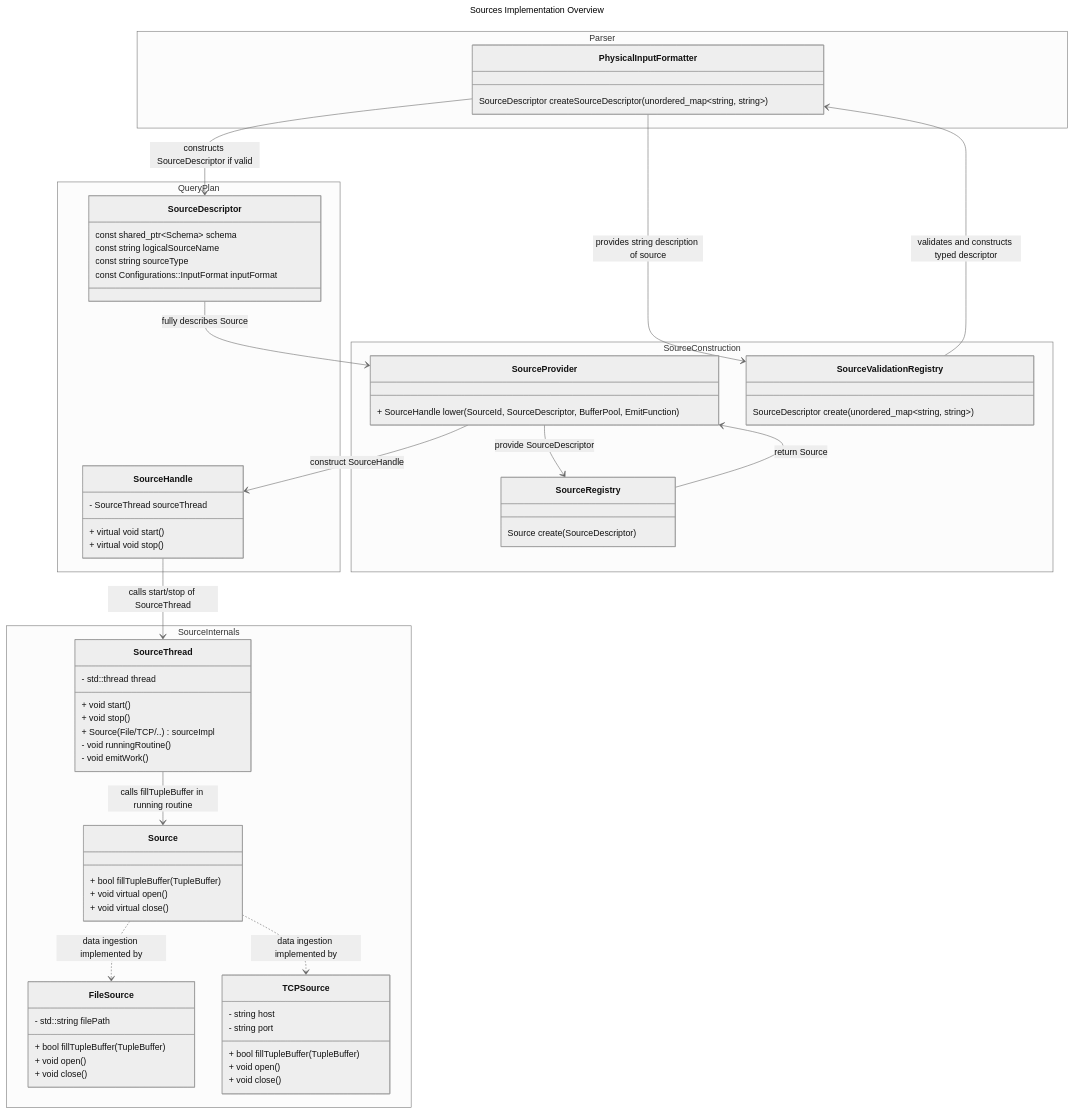
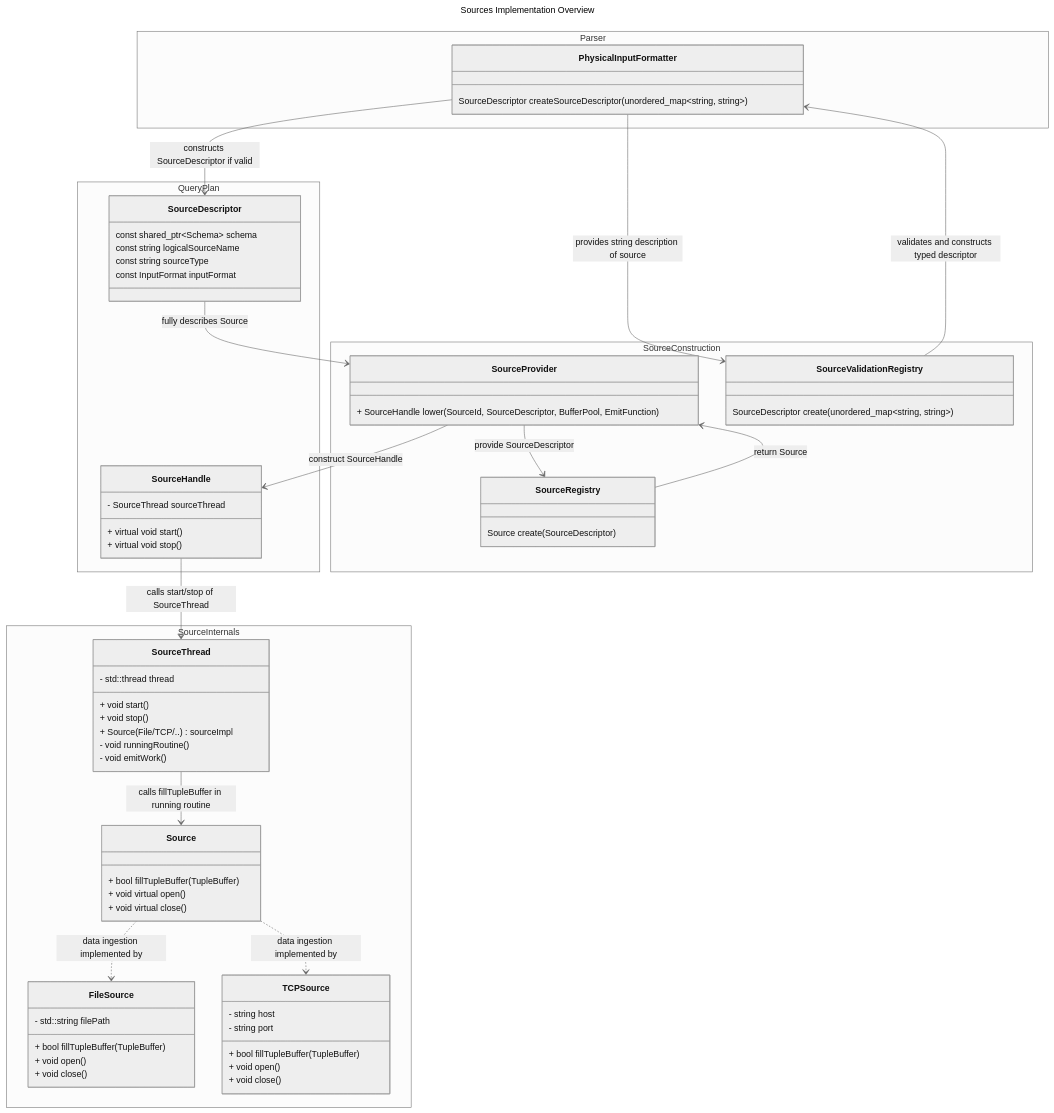
Before and after one commit to nebulastream/nebulastream: the diagram in nes-sources/src/ClassHierarchy.md, drawn with Mermaid (neutral theme). The commit also changed 117 other files, not shown here.

````diff
--- a/nes-sources/src/ClassHierarchy.md
+++ b/nes-sources/src/ClassHierarchy.md
@@ -12,81 +12,81 @@
 ```mermaid
 ---
 title: Sources Implementation Overview
 ---
 classDiagram
     SourceHandle --> SourceThread : calls start/stop of SourceThread
     SourceThread --> Source : calls fillTupleBuffer in running routine
     Source ..> FileSource : data ingestion implemented by
     Source ..> TCPSource : data ingestion implemented by
     SourceProvider --> SourceRegistry : provide SourceDescriptor
     SourceRegistry --> SourceProvider : return Source
     SourceProvider --> SourceHandle : construct SourceHandle
     SourceDescriptor --> SourceProvider : fully describes Source
     PhysicalInputFormatter --> SourceValidationRegistry : provides string description of source
     SourceValidationRegistry --> PhysicalInputFormatter : validates and constructs typed descriptor
     PhysicalInputFormatter --> SourceDescriptor : constructs SourceDescriptor if valid
     
     namespace Parser {
         class PhysicalInputFormatter {
             SourceDescriptor createSourceDescriptor(unordered_map~string, string~)
         }
     }
     namespace QueryPlan {
         class SourceDescriptor {
             const shared_ptr~Schema~ schema
             const string logicalSourceName
             const string sourceType
-            const Configurations::InputFormat inputFormat
+            const InputFormat inputFormat
         }
         class SourceHandle {
             + virtual void start()
             + virtual void stop()
             - SourceThread sourceThread
         }
     }
     namespace SourceConstruction {
         class SourceProvider {
             + SourceHandle lower(SourceId, SourceDescriptor, BufferPool, EmitFunction)
         }
 
         class SourceRegistry {
             Source create(SourceDescriptor)
         }
 
         class SourceValidationRegistry {
             SourceDescriptor create(unordered_map~string, string~)
         }
     }
 
     namespace SourceInternals {
         class SourceThread {
             + void start()
             + void stop()
             + Source(File/TCP/..) sourceImpl
             - std::thread thread
             - void runningRoutine()
             - void emitWork()
         }
     %% Source is the interface for the PluginRegistry for sources
         class Source {
             + bool fillTupleBuffer(TupleBuffer)
             + void virtual open()
             + void virtual close()
         }
 
         class FileSource {
             + bool fillTupleBuffer(TupleBuffer)
             + void open()
             + void close()
             - std::string filePath
         }
 
         class TCPSource {
             + bool fillTupleBuffer(TupleBuffer)
             + void open()
             + void close()
             - string host
             - string port
         }
     }
 ```
````
